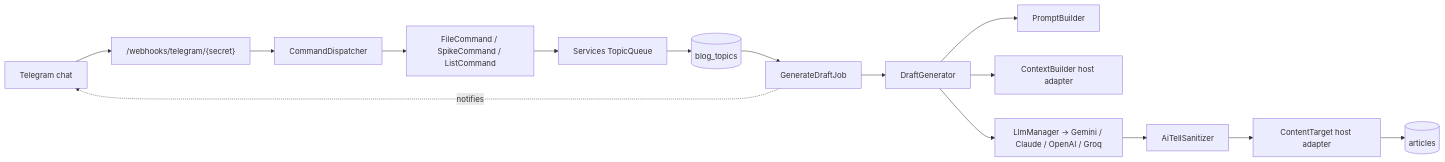
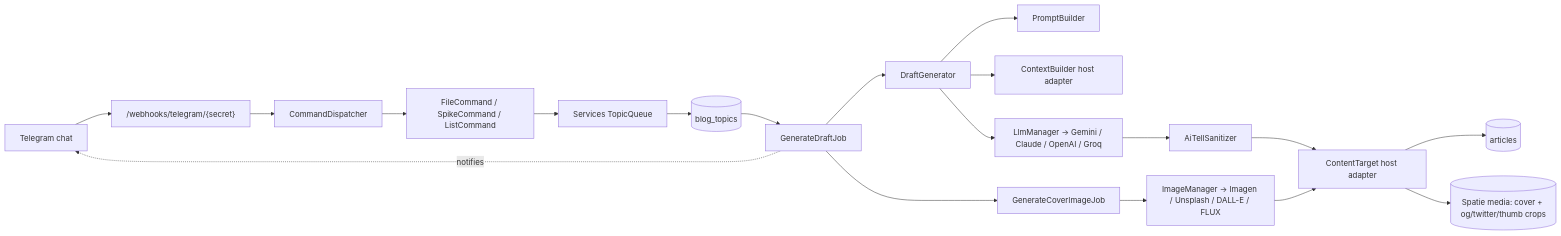
One commit to GiorgiGrdzelidze/laravel-stringer changed the diagram in README.md. Above: the diagram before and after it, drawn with Mermaid. The commit also changed other lines of this file and 4 other files, not shown here.

Commit message:
docs(readme): cover image generation section + screenshots

````diff
--- a/README.md
+++ b/README.md
@@ -87,17 +88,21 @@
 ```mermaid
 flowchart LR
   TG[Telegram chat] --> WH["/webhooks/telegram/{secret}"]
   WH --> Disp[CommandDispatcher]
   Disp --> Cmd[FileCommand / SpikeCommand / ListCommand]
   Cmd --> Q[Services TopicQueue]
   Q --> BT[(blog_topics)]
   BT --> Job[GenerateDraftJob]
   Job --> Gen[DraftGenerator]
   Gen --> PB[PromptBuilder]
   Gen --> Ctx[ContextBuilder host adapter]
   Gen --> Llm[LlmManager → Gemini / Claude / OpenAI / Groq]
   Llm --> San[AiTellSanitizer]
   San --> Tgt[ContentTarget host adapter]
   Tgt --> Art[(articles)]
+  Job --> CIJ[GenerateCoverImageJob]
+  CIJ --> IM[ImageManager → Imagen / Unsplash / DALL-E / FLUX]
+  IM --> Tgt
+  Tgt --> Media[(Spatie media: cover + og/twitter/thumb crops)]
   Job -. notifies .-> TG
 ```
````
